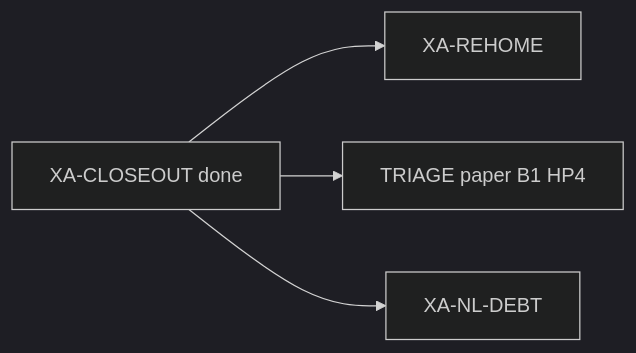
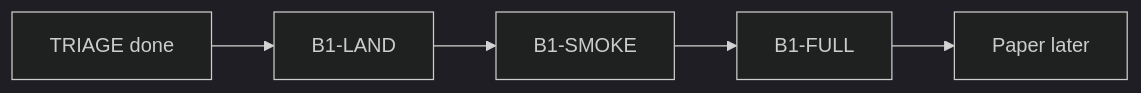
Before and after one commit to maraxen/prolix: the diagram in .praxia/docs/audits/260710_xtrax-rewire_next_steps.md, drawn with Mermaid (dark theme). The commit also changed other lines of this file and 6 other files, not shown here.

First line of the commit message:
docs(audit): TRIAGE — lock next epic as B1-full

````diff
--- a/.praxia/docs/audits/260710_xtrax-rewire_next_steps.md
+++ b/.praxia/docs/audits/260710_xtrax-rewire_next_steps.md
@@ -22,10 +22,12 @@
 ```mermaid
 flowchart LR
-  closeDone[XA-CLOSEOUT done]
-  rehome[XA-REHOME]
-  triage[TRIAGE paper B1 HP4]
-  nlDebt[XA-NL-DEBT]
-  closeDone --> rehome
-  closeDone --> triage
-  closeDone --> nlDebt
+  triageDone[TRIAGE done]
+  land[B1-LAND]
+  smoke[B1-SMOKE]
+  full[B1-FULL]
+  paper[Paper later]
+  triageDone --> land
+  land --> smoke
+  smoke --> full
+  full --> paper
 ```
````
